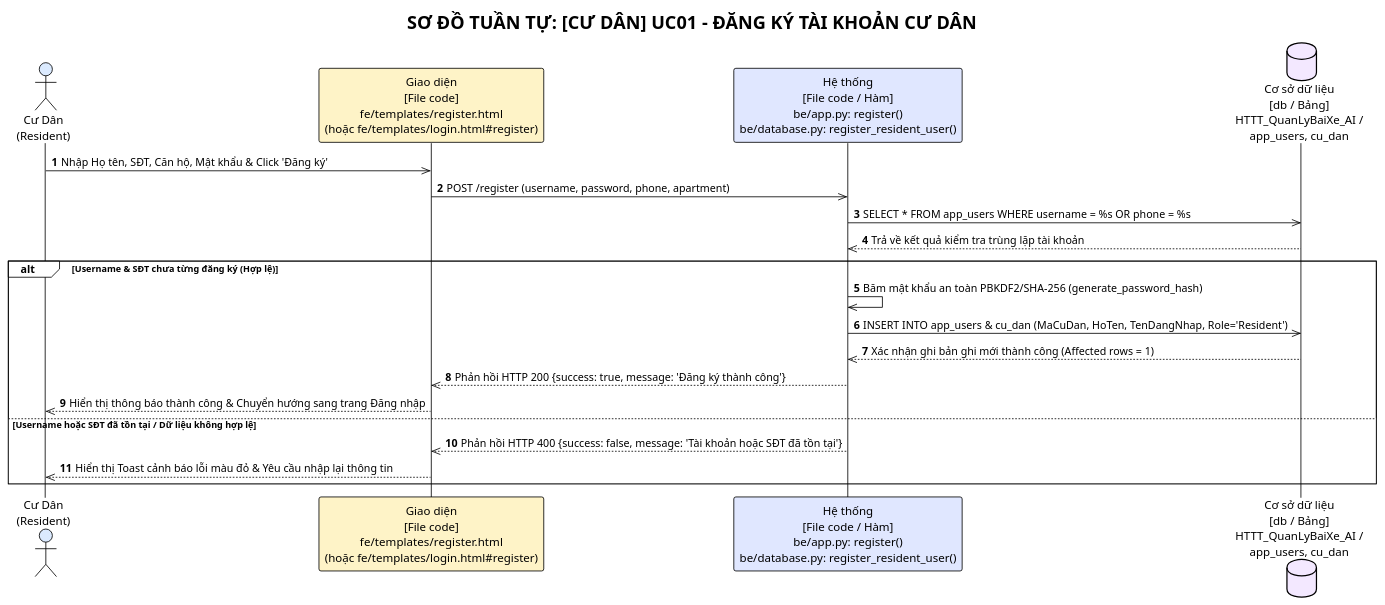
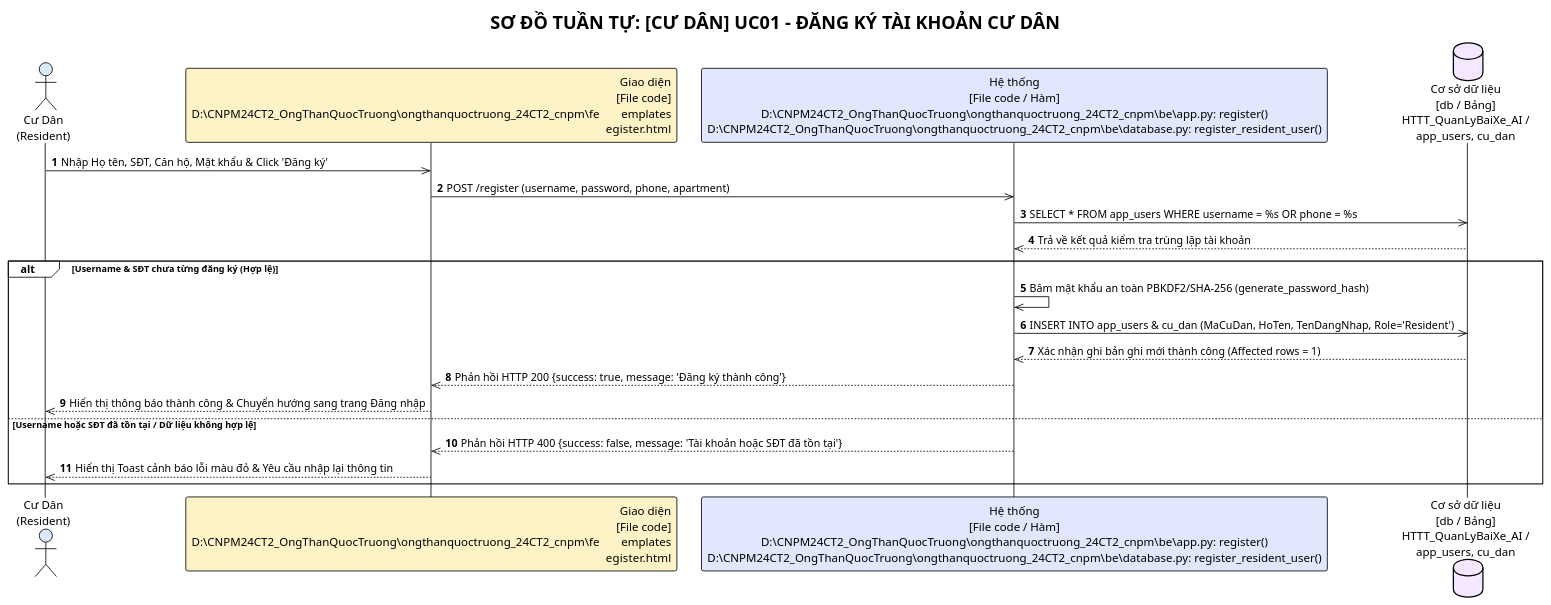
One commit to Truong027/CNPM24 changed the first of 14 diagrams in ongthanquoctruong_24CT2_cnpm/docs/SEQUENCE_DIAGRAMS.puml. Above: the diagram before and after it, drawn with PlantUML. The commit also changed other lines of this file and 17 other files, not shown here.

Commit message:
docs: update sequence diagrams with full absolute paths and add forgot password use case

```diff
--- a/ongthanquoctruong_24CT2_cnpm/docs/SEQUENCE_DIAGRAMS.puml
+++ b/ongthanquoctruong_24CT2_cnpm/docs/SEQUENCE_DIAGRAMS.puml
@@ -13,27 +13,27 @@
 @startuml uc01_resident_register
 !theme plain
 title SƠ ĐỒ TUẦN TỰ: [CƯ DÂN] UC01 - ĐĂNG KÝ TÀI KHOẢN CƯ DÂN
 autonumber
 
 actor "Cư Dân\n(Resident)" as Actor #DBEAFE
-participant "Giao diện\n[File code]\nfe/templates/register.html\n(hoặc fe/templates/login.html#register)" as UI #FEF3C7
-participant "Hệ thống\n[File code / Hàm]\nbe/app.py: register()\nbe/database.py: register_resident_user()" as Sys #E0E7FF
+participant "Giao diện\n[File code]\nD:\CNPM24CT2_OngThanQuocTruong\ongthanquoctruong_24CT2_cnpm\fe\templates\register.html" as UI #FEF3C7
+participant "Hệ thống\n[File code / Hàm]\nD:\CNPM24CT2_OngThanQuocTruong\ongthanquoctruong_24CT2_cnpm\be\app.py: register()\nD:\CNPM24CT2_OngThanQuocTruong\ongthanquoctruong_24CT2_cnpm\be\database.py: register_resident_user()" as Sys #E0E7FF
 database "Cơ sở dữ liệu\n[db / Bảng]\nHTTT_QuanLyBaiXe_AI /\napp_users, cu_dan" as DB #F3E8FF
 
 Actor ->> UI: Nhập Họ tên, SĐT, Căn hộ, Mật khẩu & Click 'Đăng ký'
 UI ->> Sys: POST /register (username, password, phone, apartment)
 Sys ->> DB: SELECT * FROM app_users WHERE username = %s OR phone = %s
 DB -->> Sys: Trả về kết quả kiểm tra trùng lặp tài khoản
 
 alt Username & SĐT chưa từng đăng ký (Hợp lệ)
     Sys ->> Sys: Băm mật khẩu an toàn PBKDF2/SHA-256 (generate_password_hash)
     Sys ->> DB: INSERT INTO app_users & cu_dan (MaCuDan, HoTen, TenDangNhap, Role='Resident')
     DB -->> Sys: Xác nhận ghi bản ghi mới thành công (Affected rows = 1)
     Sys -->> UI: Phản hồi HTTP 200 {success: true, message: 'Đăng ký thành công'}
     UI -->> Actor: Hiển thị thông báo thành công & Chuyển hướng sang trang Đăng nhập
 else Username hoặc SĐT đã tồn tại / Dữ liệu không hợp lệ
     Sys -->> UI: Phản hồi HTTP 400 {success: false, message: 'Tài khoản hoặc SĐT đã tồn tại'}
     UI -->> Actor: Hiển thị Toast cảnh báo lỗi màu đỏ & Yêu cầu nhập lại thông tin
 end
 
 @enduml
```
